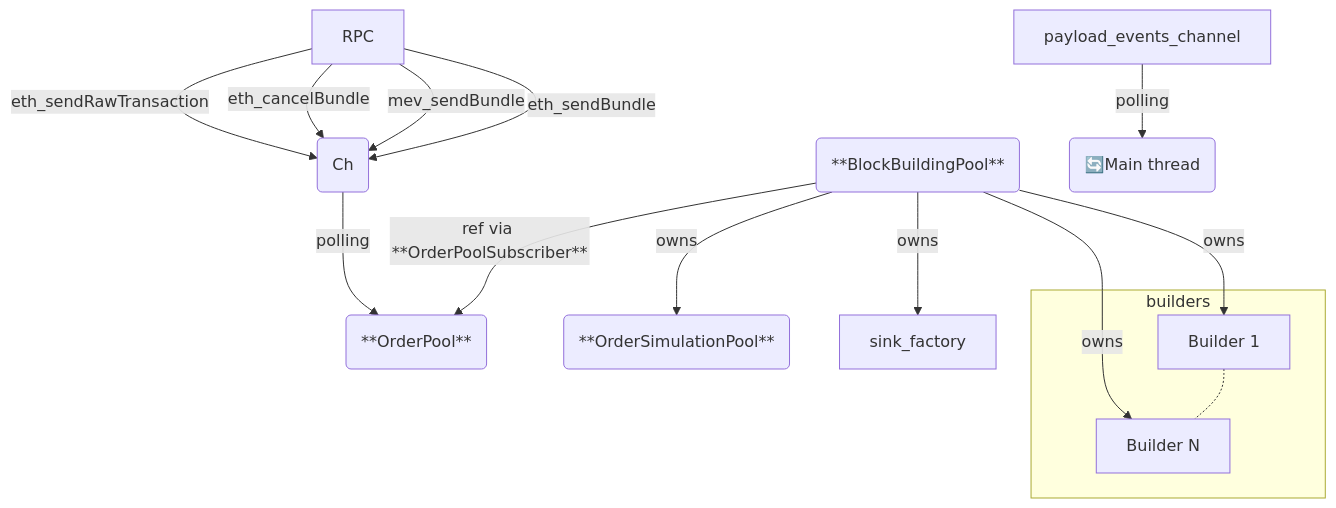
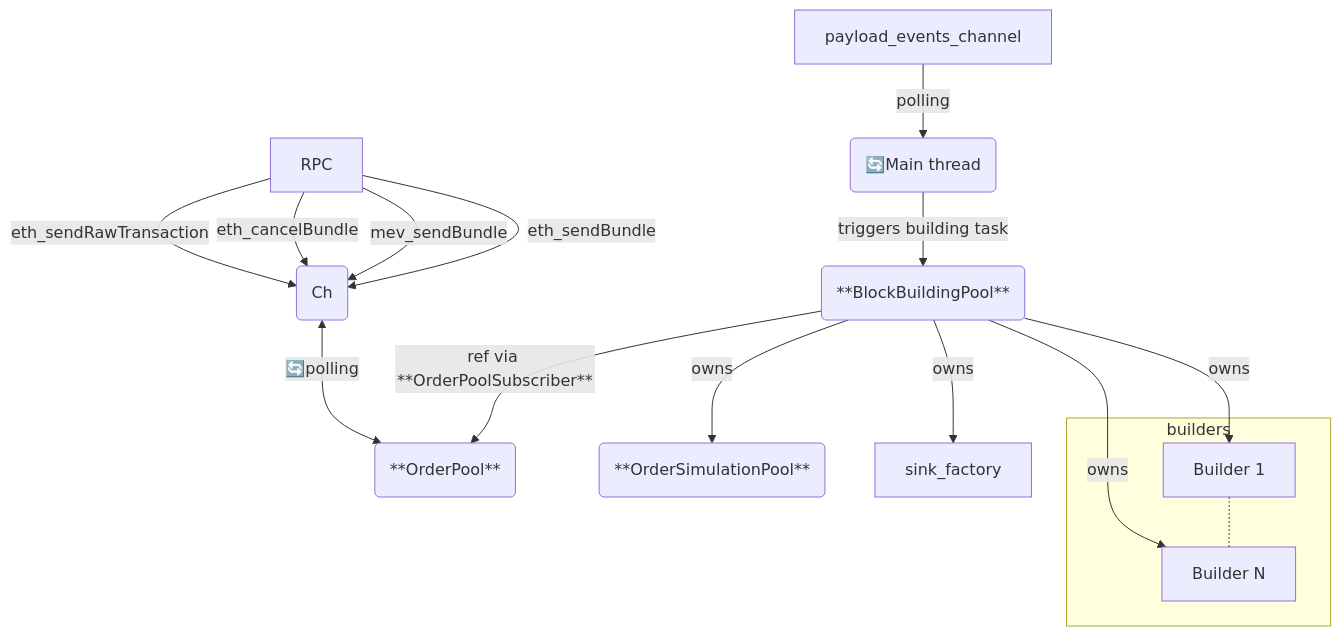
The diagram in docs/RBUILDER_CLASSES_AND_DATAFLOW.md (flashbots/rbuilder), drawn with Mermaid before and after one commit.

Commit message:
mermaid changes

````diff
--- a/docs/RBUILDER_CLASSES_AND_DATAFLOW.md
+++ b/docs/RBUILDER_CLASSES_AND_DATAFLOW.md
@@ -54,27 +54,28 @@
 ```mermaid
   graph TD;
       RPC
       RPC--eth_sendBundle-->Ch1
       RPC--mev_sendBundle-->Ch1
       RPC--eth_cancelBundle-->Ch1
       RPC--eth_sendRawTransaction-->Ch1
       Ch1("Ch")
       OrderPool("**OrderPool**")
-      Ch1-- polling -->OrderPool
+      Ch1<-- "🔄polling" -->OrderPool
       BlockBuildingPool("**BlockBuildingPool**")
       OrderSimulationPool("**OrderSimulationPool**")
       payload_events_channel
       MainThread("🔄Main thread")
       payload_events_channel-- polling -->MainThread
       sink_factory
       BlockBuildingPool-- owns -->B1
       BlockBuildingPool-- owns -->BN
       BlockBuildingPool-- owns -->sink_factory
       BlockBuildingPool-- owns -->OrderSimulationPool
       BlockBuildingPool-- "ref via **OrderPoolSubscriber**" -->OrderPool
+      MainThread-- triggers building task-->BlockBuildingPool
       subgraph builders
         B1[Builder 1]
         BN[Builder N]
         B1 -.- BN
       end
 ```
````
